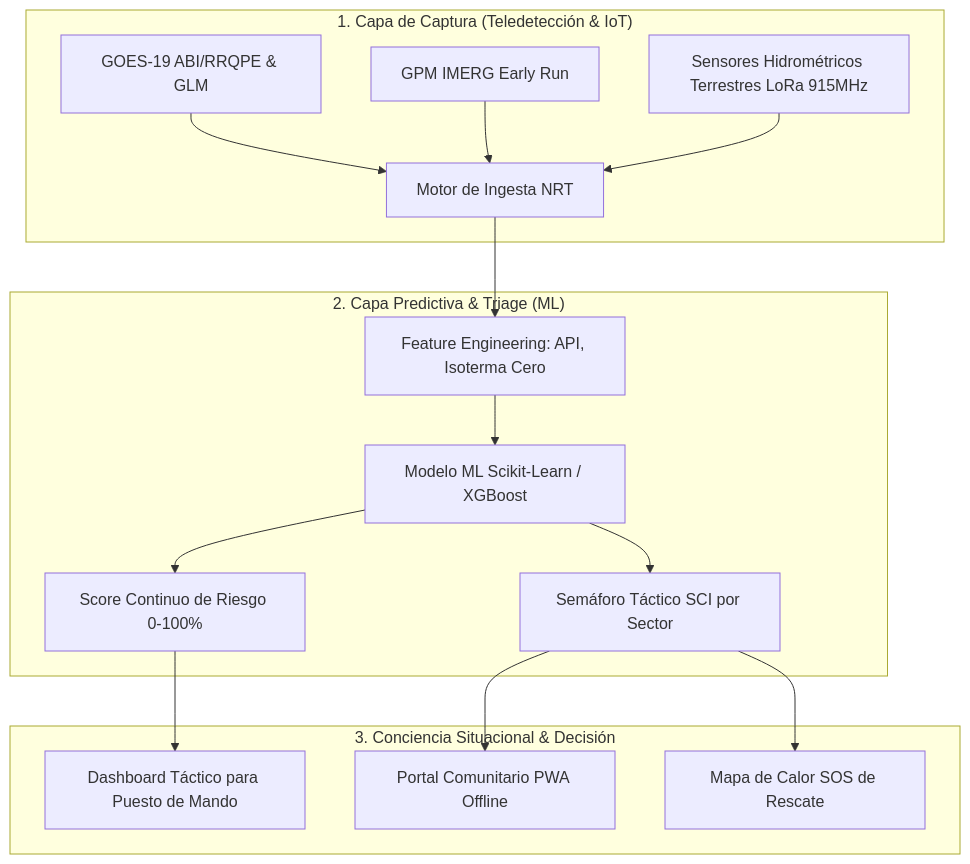
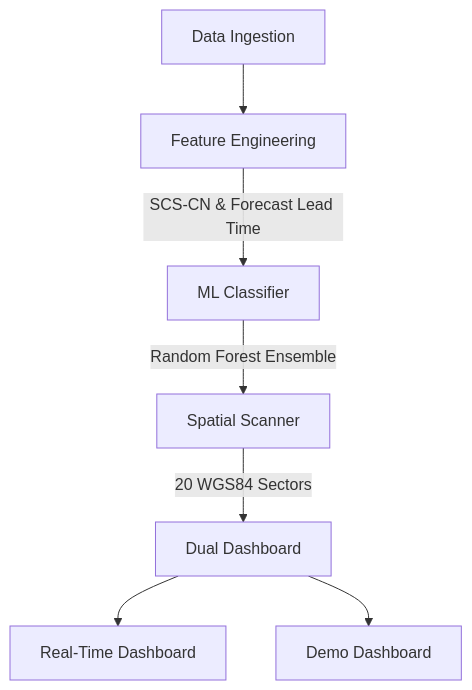
One commit to moises-inc/Proyecto-Jupiter changed the diagram in README.md. Above: the diagram before and after it, drawn with Mermaid. The commit also changed other lines of this file and 9 other files, not shown here.

````diff
--- a/README.md
+++ b/README.md
@@ -19,21 +7,9 @@
 ```mermaid
 graph TD
-    subgraph "1. Capa de Captura (Teledetección & IoT)"
-        A[GOES-19 ABI/RRQPE & GLM] --> D[Motor de Ingesta NRT]
-        B[GPM IMERG Early Run] --> D
-        C[Sensores Hidrométricos Terrestres LoRa 915MHz] --> D
-    end
-
-    subgraph "2. Capa Predictiva & Triage (ML)"
-        D --> E[Feature Engineering: API, Isoterma Cero]
-        E --> F[Modelo ML Scikit-Learn / XGBoost]
-        F --> G[Score Continuo de Riesgo 0-100%]
-        F --> H[Semáforo Táctico SCI por Sector]
-    end
-
-    subgraph "3. Conciencia Situacional & Decisión"
-        G --> I[Dashboard Táctico para Puesto de Mando]
-        H --> J[Portal Comunitario PWA Offline]
-        H --> K[Mapa de Calor SOS de Rescate]
-    end
+    A[Data Ingestion] --> B[Feature Engineering]
+    B -->|SCS-CN & Forecast Lead Time| C[ML Classifier]
+    C -->|Random Forest Ensemble| D[Spatial Scanner]
+    D -->|20 WGS84 Sectors| E[Dual Dashboard]
+    E --> F[Real-Time Dashboard]
+    E --> G[Demo Dashboard]
 ```
````
